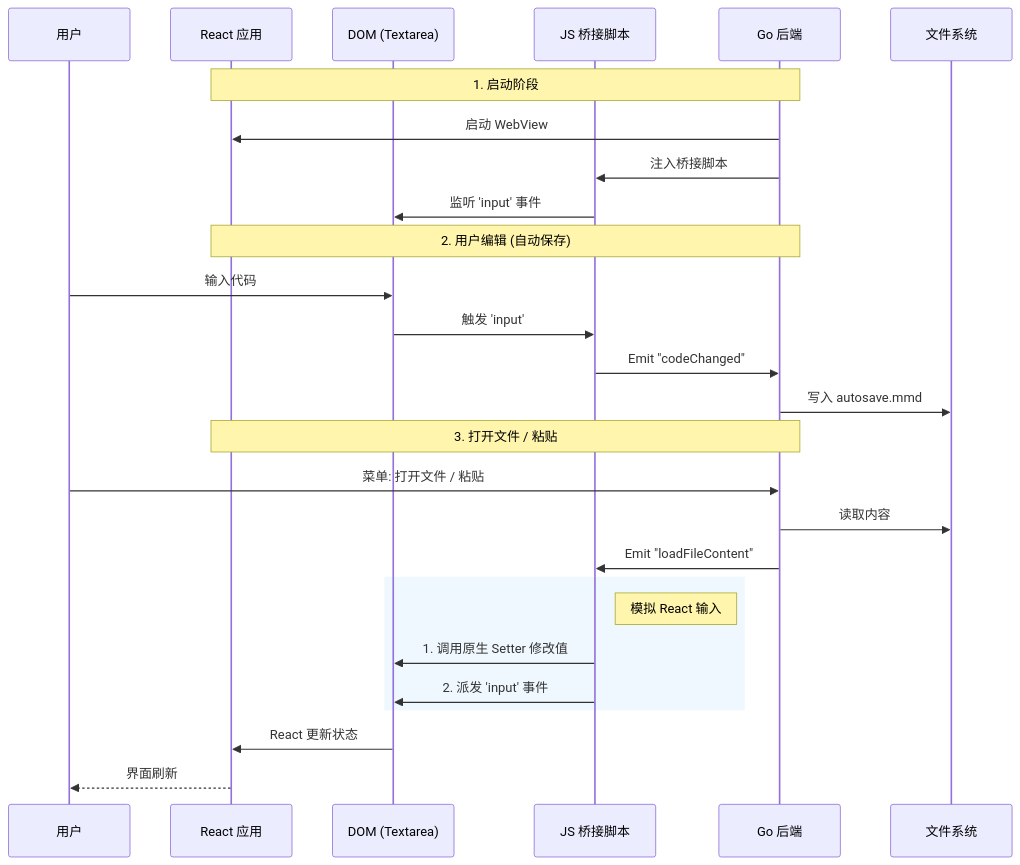
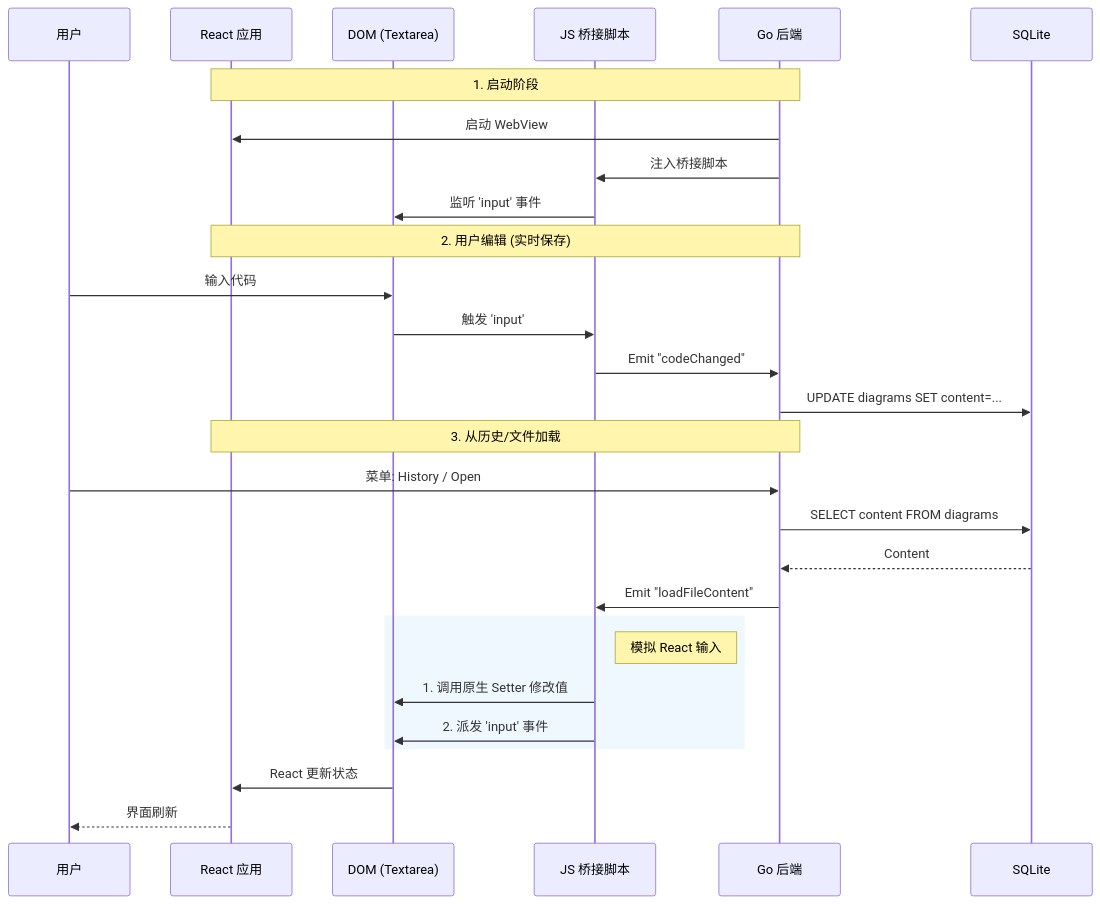
Before and after one commit to doggeddog/modern_mermaid: the second of 2 diagrams in docs/ARCHITECTURE.md, drawn with Mermaid. The commit also changed other lines of this file and 2 other files, not shown here.

First line of the commit message:
feat(history): add "Clear All History" option and enhance history menu functionality

````diff
--- a/docs/ARCHITECTURE.md
+++ b/docs/ARCHITECTURE.md
@@ -96,34 +99,35 @@
 ```mermaid
 sequenceDiagram
     participant User as 用户
     participant React as React 应用
     participant DOM as DOM (Textarea)
     participant Bridge as JS 桥接脚本
     participant Go as Go 后端
-    participant FS as 文件系统
+    participant DB as SQLite
 
     Note over Go, React: 1. 启动阶段
     Go->>React: 启动 WebView
     Go->>Bridge: 注入桥接脚本
     Bridge->>DOM: 监听 'input' 事件
     
-    Note over Go, React: 2. 用户编辑 (自动保存)
+    Note over Go, React: 2. 用户编辑 (实时保存)
     User->>DOM: 输入代码
     DOM->>Bridge: 触发 'input'
     Bridge->>Go: Emit "codeChanged"
-    Go->>FS: 写入 autosave.mmd
+    Go->>DB: UPDATE diagrams SET content=...
 
-    Note over Go, React: 3. 打开文件 / 粘贴
-    User->>Go: 菜单: 打开文件 / 粘贴
-    Go->>FS: 读取内容
+    Note over Go, React: 3. 从历史/文件加载
+    User->>Go: 菜单: History / Open
+    Go->>DB: SELECT content FROM diagrams
+    DB-->>Go: Content
     Go->>Bridge: Emit "loadFileContent"
     
     rect rgb(240, 248, 255)
         Note right of Bridge: 模拟 React 输入
         Bridge->>DOM: 1. 调用原生 Setter 修改值
         Bridge->>DOM: 2. 派发 'input' 事件
     end
     
     DOM->>React: React 更新状态
     React-->>User: 界面刷新
 ```
````
